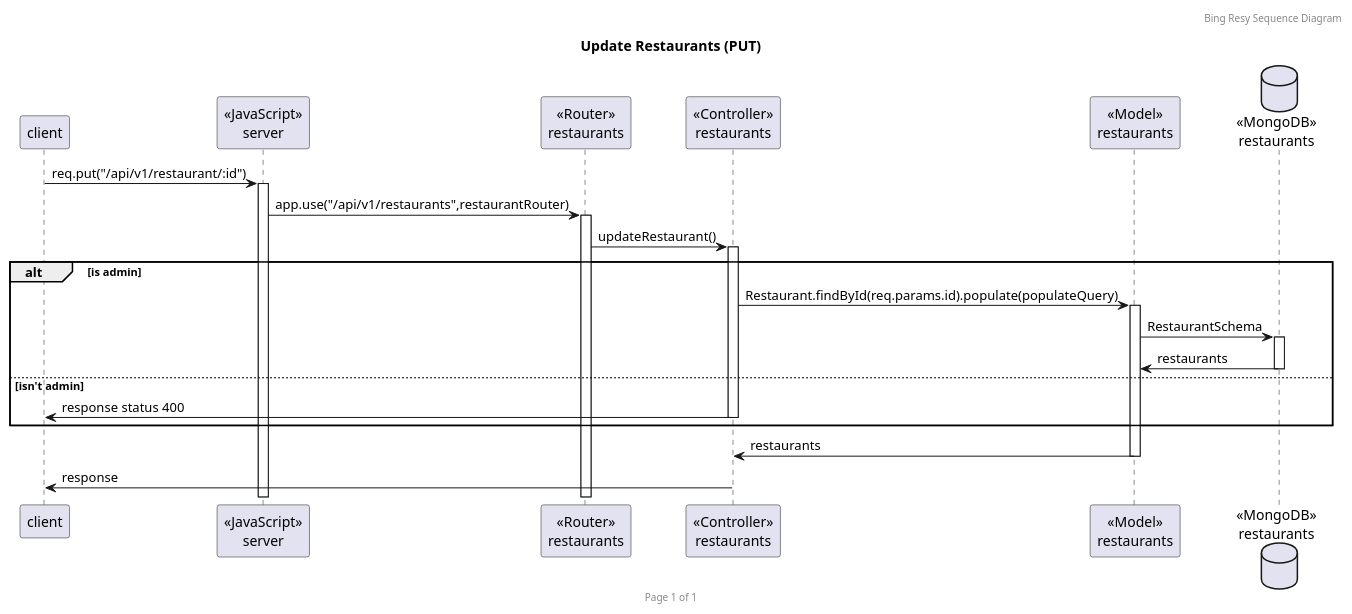
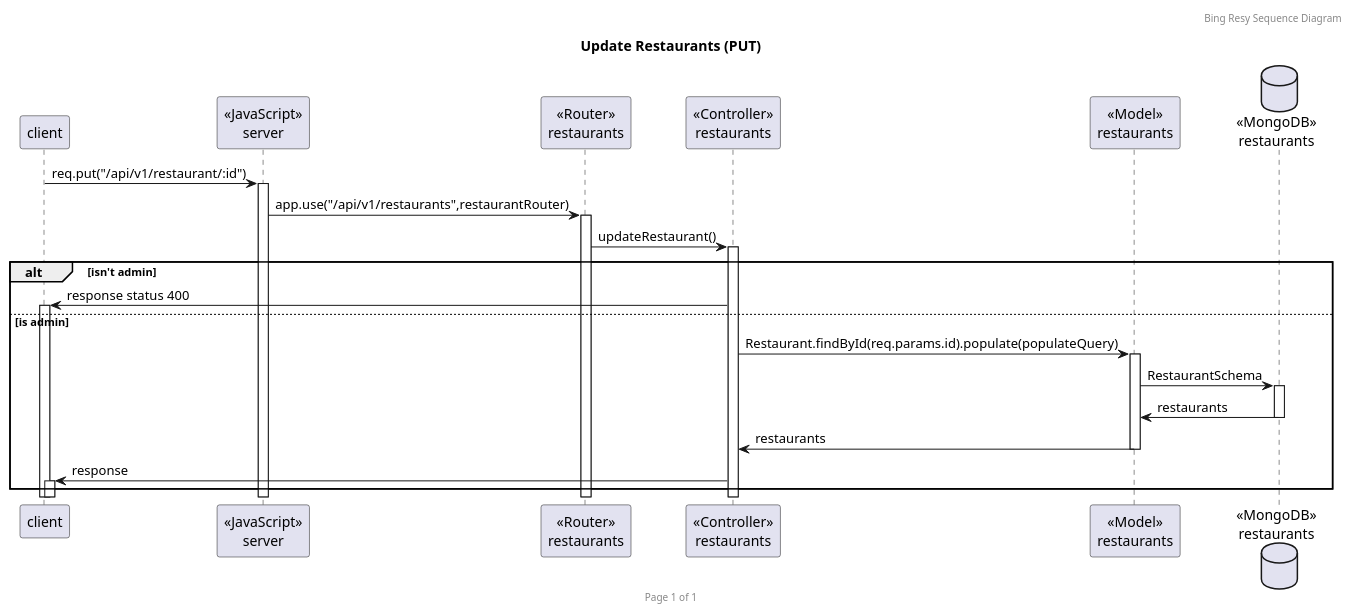
One commit to NewBieCoderXD/SW_backend_project changed the diagram in PUMLs/restaurants/updateRestaurant.puml. Above: the diagram before and after it, drawn with PlantUML. The commit also changed 5 other files, not shown here.

```diff
--- a/PUMLs/restaurants/updateRestaurant.puml
+++ b/PUMLs/restaurants/updateRestaurant.puml
@@ -1,27 +1,27 @@
 @startuml
 
 header Bing Resy Sequence Diagram
 footer Page %page% of %lastpage%
 title "Update Restaurants (PUT)"
 
 participant "client" as client
 participant "<<JavaScript>>\nserver" as server
 participant "<<Router>>\nrestaurants" as restaurantsRouter
 participant "<<Controller>>\nrestaurants" as restaurantsController
 participant "<<Model>>\nrestaurants" as restaurantsModel
 database "<<MongoDB>>\nrestaurants" as restaurantsDatabase
 
 client -> server ++: req.put("/api/v1/restaurant/:id")
 server -> restaurantsRouter ++: app.use("/api/v1/restaurants",restaurantRouter)
 restaurantsRouter -> restaurantsController ++: updateRestaurant()
-alt is admin
+alt isn't admin
+    restaurantsController -> client ++: response status 400
+else is admin
     restaurantsController -> restaurantsModel ++: Restaurant.findById(req.params.id).populate(populateQuery)
     restaurantsModel -> restaurantsDatabase ++:RestaurantSchema
     restaurantsDatabase -> restaurantsModel --:restaurants
-else isn't admin
-    restaurantsController -> client --: response status 400
+    restaurantsModel -> restaurantsController --:restaurants
+    restaurantsController -> client ++:response
 end
-restaurantsModel -> restaurantsController --:restaurants
-restaurantsController -> client --:response
 
 @enduml
```
